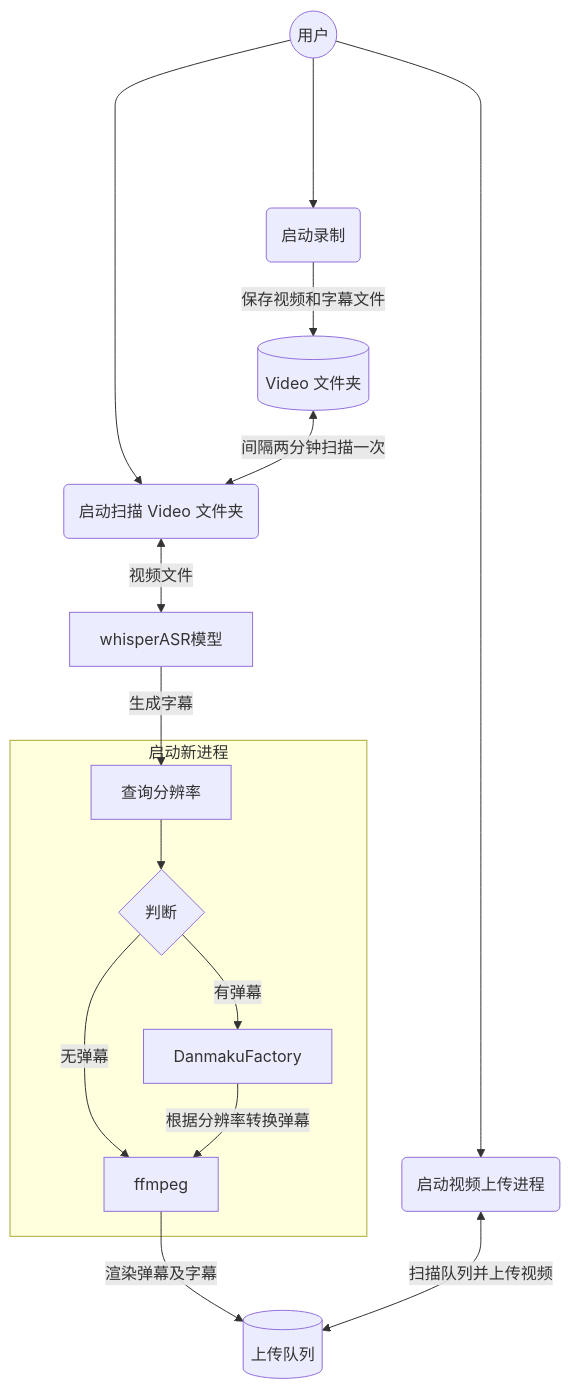
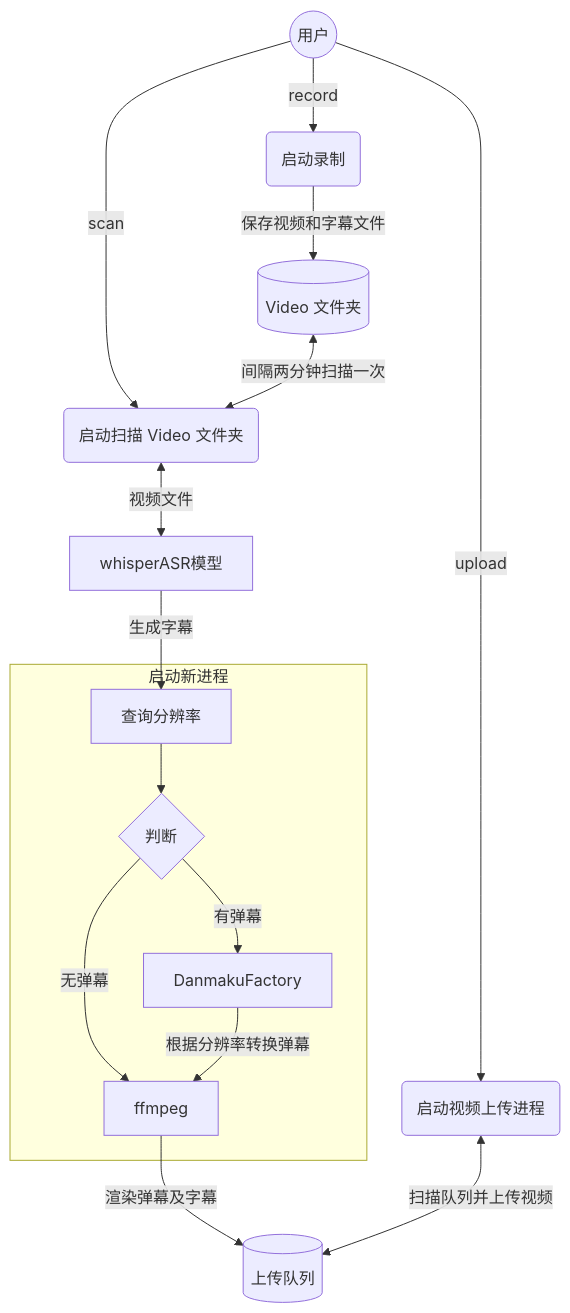
The diagram in README.md (timerring/blive), drawn with Mermaid before and after one commit. The commit also changed other lines of this file, not shown here.

````diff
--- a/README.md
+++ b/README.md
@@ -36,20 +36,20 @@
 ```mermaid
 graph TD
-        User((用户))---->startRecord(启动录制)
+        User((用户))--record-->startRecord(启动录制)
         startRecord(启动录制)--保存视频和字幕文件-->videoFolder[(Video 文件夹)]
 
-        User((用户))---->startScan(启动扫描 Video 文件夹)
+        User((用户))--scan-->startScan(启动扫描 Video 文件夹)
         videoFolder[(Video 文件夹)]<--间隔两分钟扫描一次-->startScan(启动扫描 Video 文件夹)
         startScan <--视频文件--> whisper[whisperASR模型]
         whisper[whisperASR模型] --生成字幕-->parameter[查询视频分辨率]
         subgraph 启动新进程
         parameter[查询分辨率] -->ifDanmaku{判断}
         ifDanmaku -->|有弹幕| DanmakuFactory[DanmakuFactory]
         ifDanmaku -->|无弹幕| ffmpeg1[ffmpeg]
         DanmakuFactory[DanmakuFactory] --根据分辨率转换弹幕--> ffmpeg1[ffmpeg]
         end
         ffmpeg1[ffmpeg] --渲染弹幕及字幕 --> uploadQueue[(上传队列)]
 
-        User((用户))---->startUpload(启动视频上传进程)
+        User((用户))--upload-->startUpload(启动视频上传进程)
         startUpload(启动视频上传进程) <--扫描队列并上传视频--> uploadQueue[(上传队列)]
 ```
````
